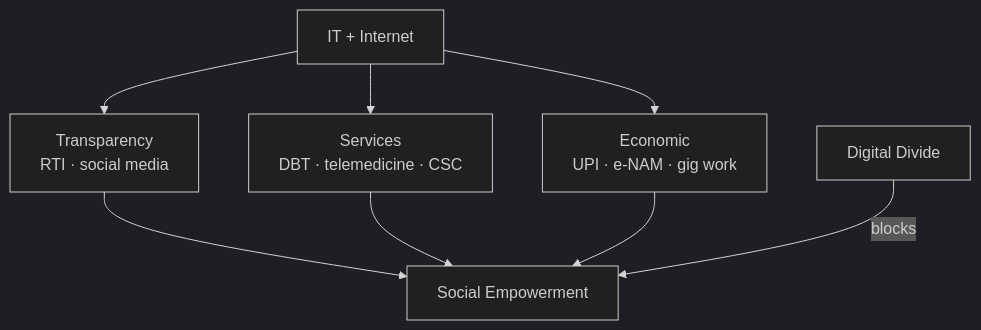
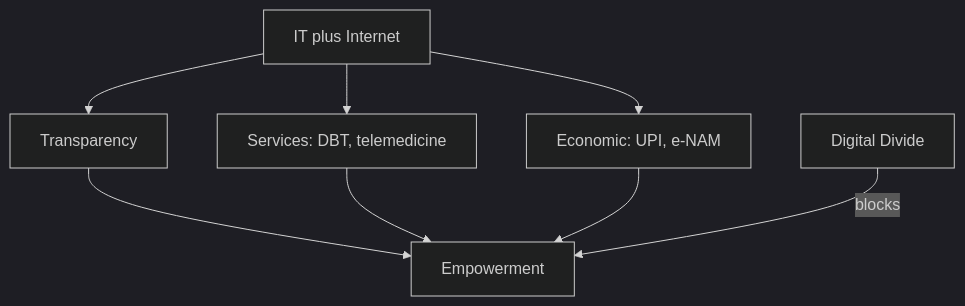
Before and after one commit to nitishpratap/UP-PCS: the diagram in mains-pyqs/GS-1/09_Social_Issues/03_Social_Empowerment.md, drawn with Mermaid (dark theme). The commit also changed other lines of this file and 97 other files, not shown here.

````diff
--- a/mains-pyqs/GS-1/09_Social_Issues/03_Social_Empowerment.md
+++ b/mains-pyqs/GS-1/09_Social_Issues/03_Social_Empowerment.md
@@ -95,10 +73,10 @@
 ```mermaid
 flowchart TD
-  IT[IT + Internet] --> T[Transparency<br/>RTI · social media]
-  IT --> S[Services<br/>DBT · telemedicine · CSC]
-  IT --> E[Economic<br/>UPI · e-NAM · gig work]
-  T --> EMP[Social Empowerment]
+  IT[IT plus Internet] --> T[Transparency]
+  IT --> S[Services: DBT, telemedicine]
+  IT --> E[Economic: UPI, e-NAM]
+  T --> EMP[Empowerment]
   S --> EMP
   E --> EMP
   DD[Digital Divide] -->|blocks| EMP
 ```
````
